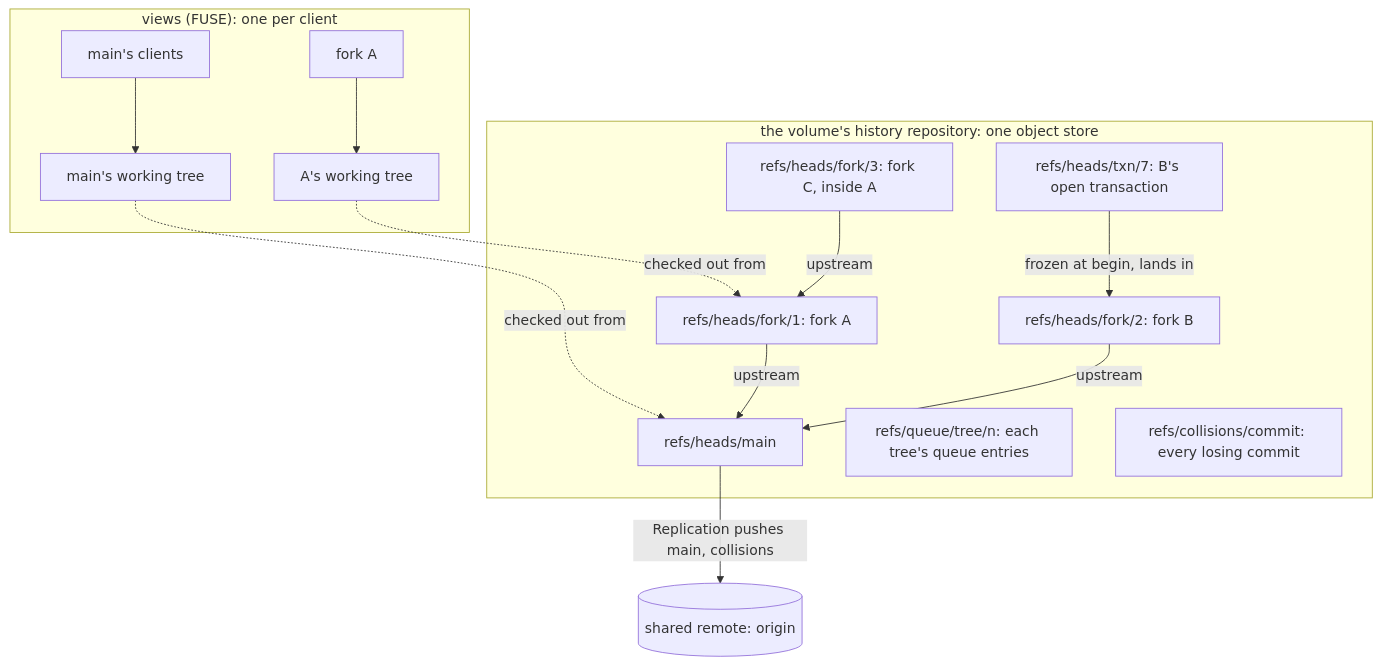
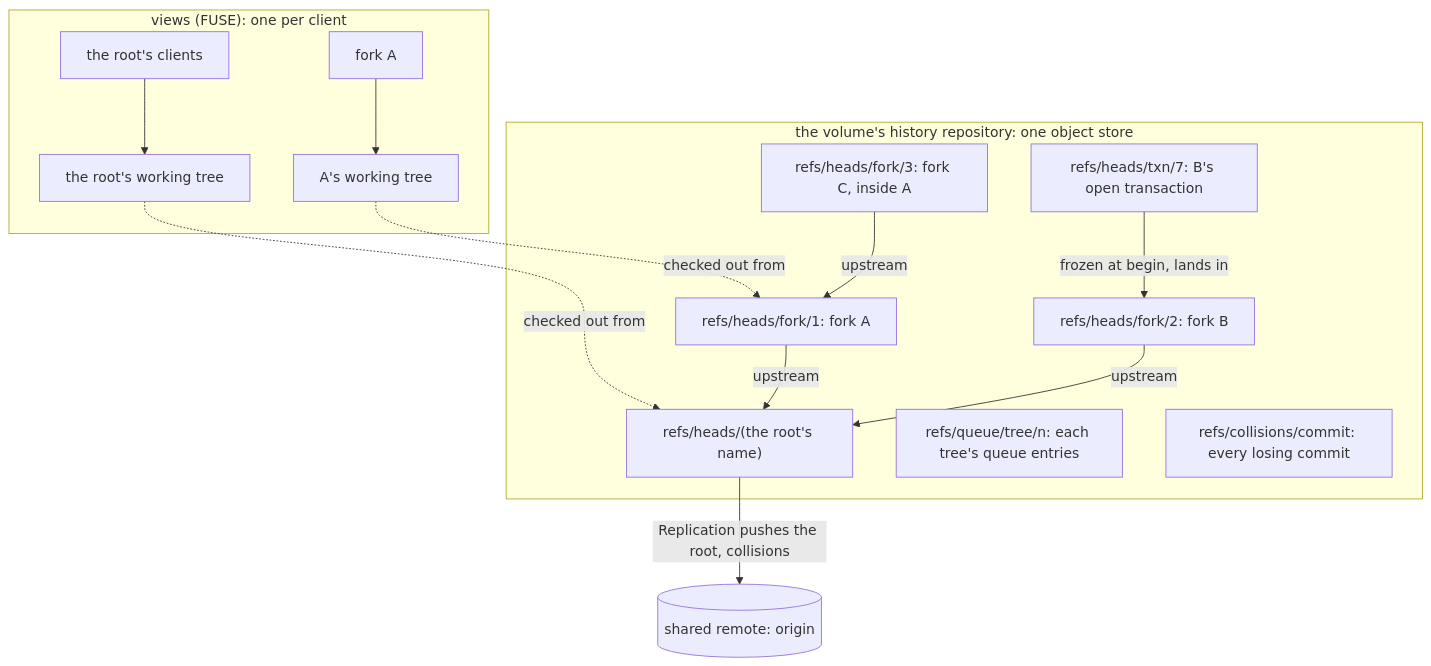
The first of 7 diagrams in docs/target-architecture/git-model.md (mcurcio/agentfs), drawn with Mermaid before and after one commit. The commit also changed other lines of this file and 20 other files, not shown here.

First line of the commit message:
docs: plan the configurable root name; the root throughout the plan

````diff
--- a/docs/target-architecture/git-model.md
+++ b/docs/target-architecture/git-model.md
@@ -45,23 +45,23 @@
 ```mermaid
 flowchart TB
   subgraph R["the volume's history repository: one object store"]
-    M["refs/heads/main"]
+    M["refs/heads/(the root's name)"]
     F1["refs/heads/fork/1: fork A"]
     F2["refs/heads/fork/2: fork B"]
     F3["refs/heads/fork/3: fork C, inside A"]
     T7["refs/heads/txn/7: B's open transaction"]
     Q["refs/queue/tree/n: each tree's queue entries"]
     X["refs/collisions/commit: every losing commit"]
   end
   F1 -- "upstream" --> M
   F2 -- "upstream" --> M
   F3 -- "upstream" --> F1
   T7 -- "frozen at begin, lands in" --> F2
-  M -- "Replication pushes main, collisions" --> O[("shared remote: origin")]
+  M -- "Replication pushes the root, collisions" --> O[("shared remote: origin")]
   subgraph V["views (FUSE): one per client"]
-    VM["main's clients"] --> WM["main's working tree"]
+    VM["the root's clients"] --> WM["the root's working tree"]
     VA["fork A"] --> WA["A's working tree"]
   end
   WM -. "checked out from" .-> M
   WA -. "checked out from" .-> F1
 ```
````
